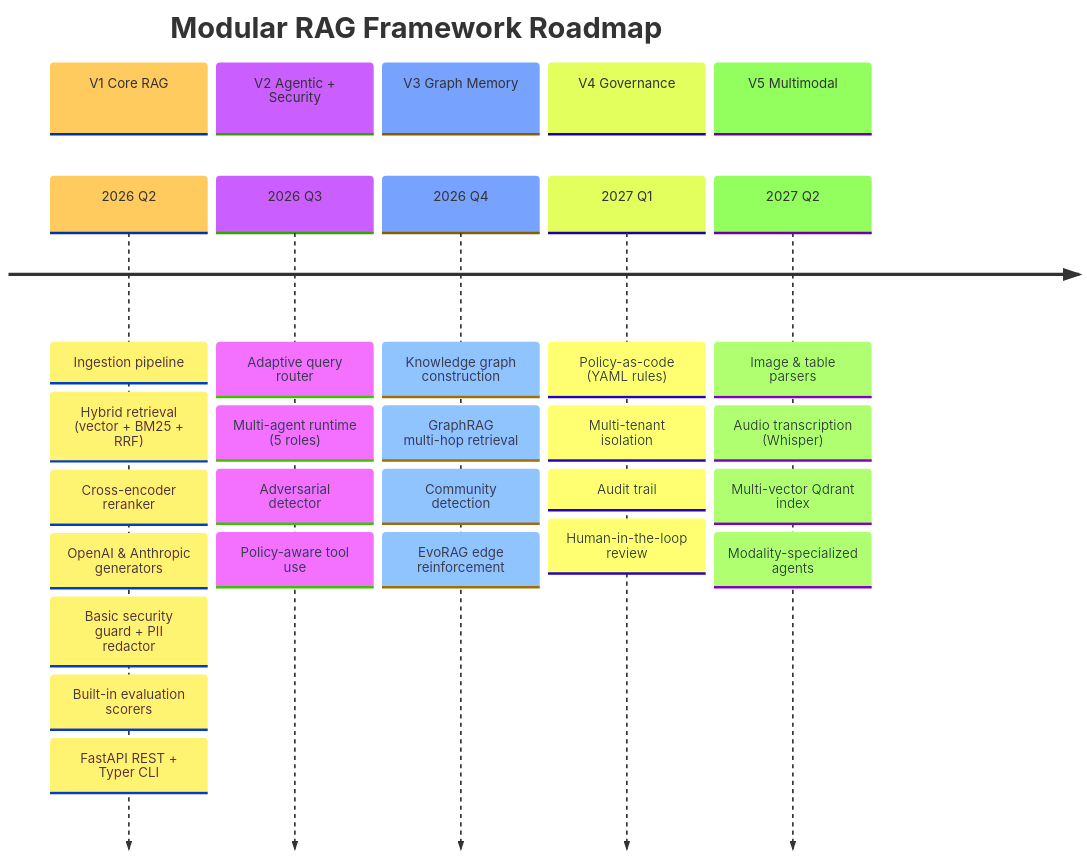
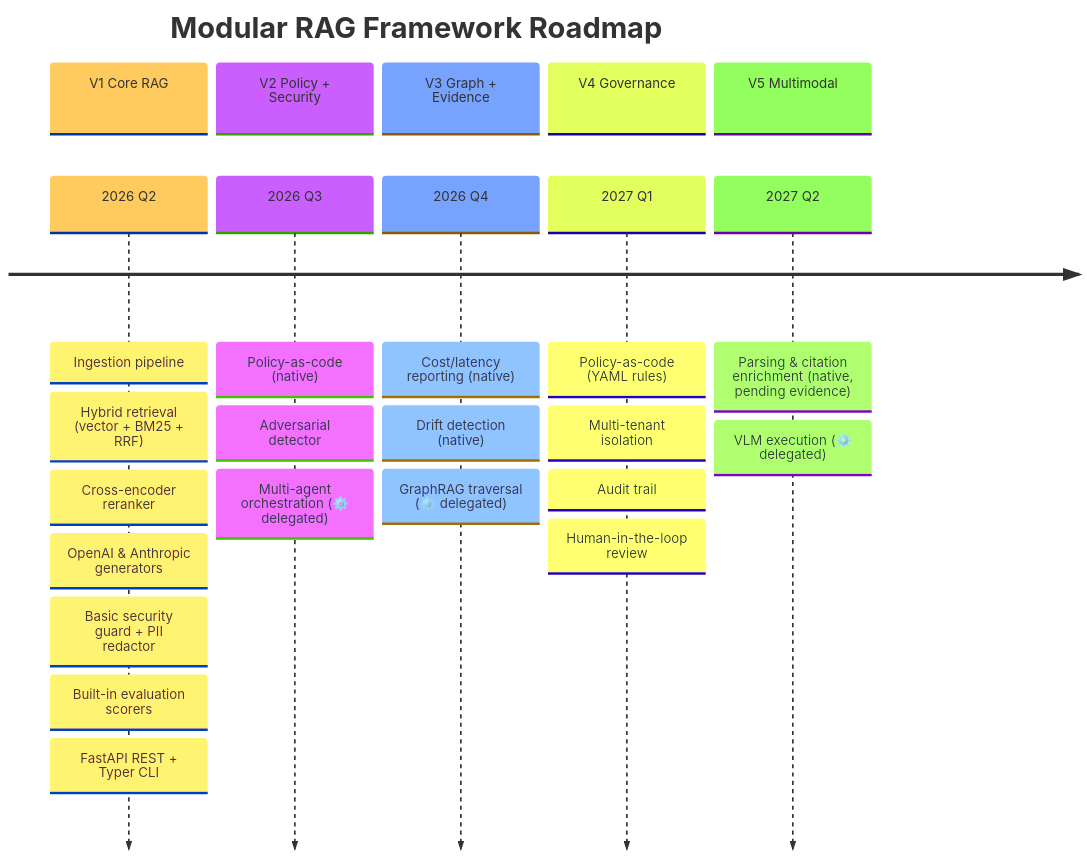
One commit to HerbertGourout/modular-rag-framework changed the first of 4 diagrams in docs/architecture/roadmap-mermaid.md. Above: the diagram before and after it, drawn with Mermaid. The commit also changed other lines of this file and 11 other files, not shown here.

````diff
--- a/docs/architecture/roadmap-mermaid.md
+++ b/docs/architecture/roadmap-mermaid.md
@@ -18,33 +17,29 @@
 ```mermaid
 %%{init: {"theme": "base"}}%%
 timeline
     title Modular RAG Framework Roadmap
     section V1 Core RAG
         2026 Q2 : Ingestion pipeline
                 : Hybrid retrieval (vector + BM25 + RRF)
                 : Cross-encoder reranker
                 : OpenAI & Anthropic generators
                 : Basic security guard + PII redactor
                 : Built-in evaluation scorers
                 : FastAPI REST + Typer CLI
-    section V2 Agentic + Security
-        2026 Q3 : Adaptive query router
-                : Multi-agent runtime (5 roles)
+    section V2 Policy + Security
+        2026 Q3 : Policy-as-code (native)
                 : Adversarial detector
-                : Policy-aware tool use
-    section V3 Graph Memory
-        2026 Q4 : Knowledge graph construction
-                : GraphRAG multi-hop retrieval
-                : Community detection
-                : EvoRAG edge reinforcement
+                : Multi-agent orchestration (⚙️ delegated)
+    section V3 Graph + Evidence
+        2026 Q4 : Cost/latency reporting (native)
+                : Drift detection (native)
+                : GraphRAG traversal (⚙️ delegated)
     section V4 Governance
         2027 Q1 : Policy-as-code (YAML rules)
                 : Multi-tenant isolation
                 : Audit trail
                 : Human-in-the-loop review
     section V5 Multimodal
-        2027 Q2 : Image & table parsers
-                : Audio transcription (Whisper)
-                : Multi-vector Qdrant index
-                : Modality-specialized agents
+        2027 Q2 : Parsing & citation enrichment (native, pending evidence)
+                : VLM execution (⚙️ delegated)
 ```
````
